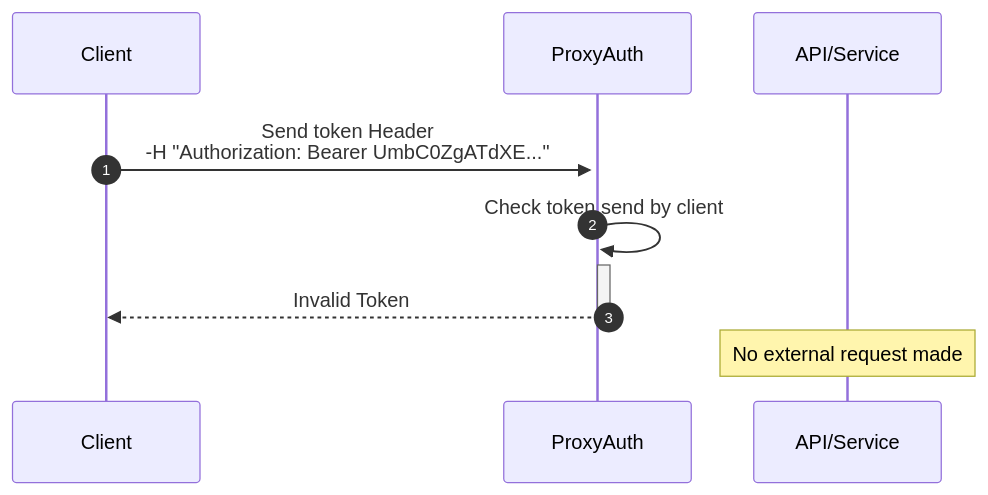
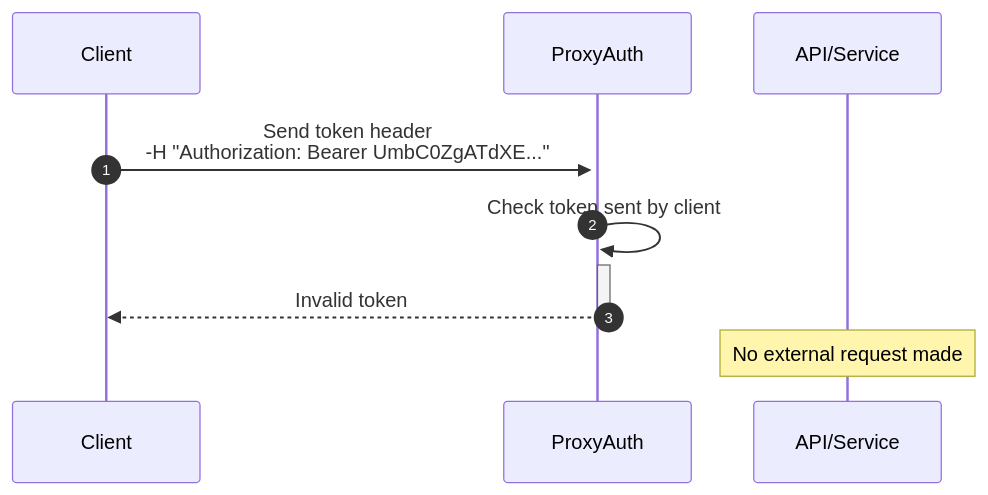
One commit to ProxyAuth/ProxyAuth changed the third of 3 diagrams in README.md. Above: the diagram before and after it, drawn with Mermaid. The commit also changed other lines of this file, not shown here.

````diff
--- a/README.md
+++ b/README.md
@@ -210,12 +243,12 @@
 ```mermaid
 sequenceDiagram
     autonumber
     participant C as Client
     participant P as ProxyAuth
     participant E as API/Service
 
-    C->>+P: Send token Header<br> -H "Authorization: Bearer UmbC0ZgATdXE..."
-    P->>+P: Check token send by client
-    P-->>-C: Invalid Token
+    C->>+P: Send token header<br> -H "Authorization: Bearer UmbC0ZgATdXE..."
+    P->>+P: Check token sent by client
+    P-->>-C: Invalid token
     Note over E: No external request made
 ```
````
